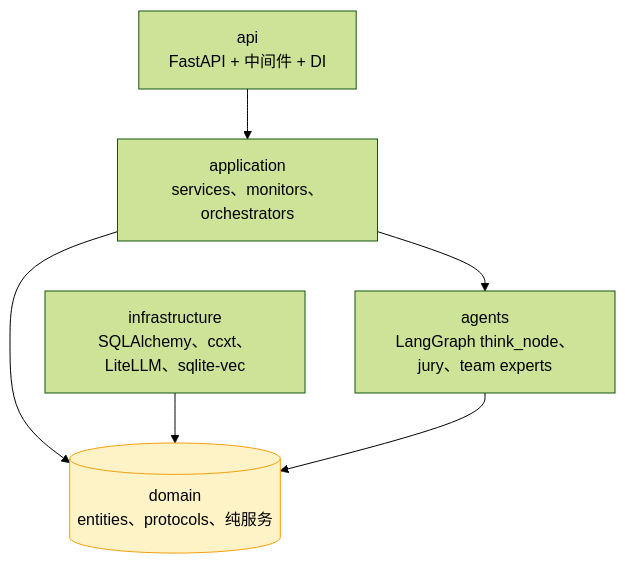
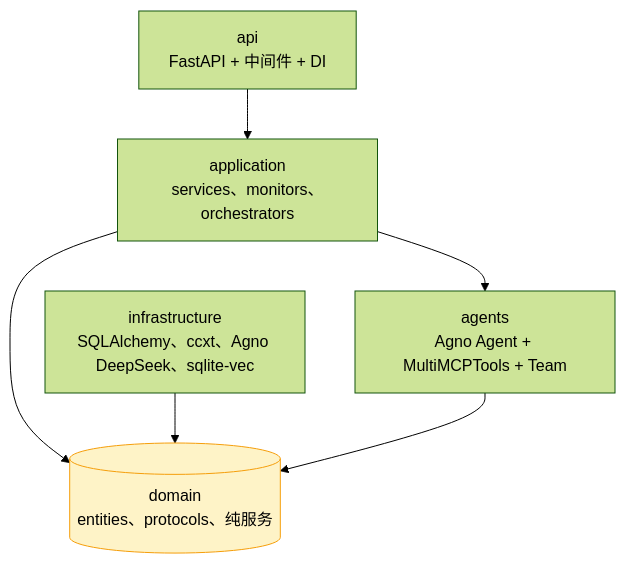
The first of 2 diagrams in README_ZH.md (gong1414/omnitrade), drawn with Mermaid (forest theme) before and after one commit. The commit also changed other lines of this file and 13 other files, not shown here.

````diff
--- a/README_ZH.md
+++ b/README_ZH.md
@@ -229,17 +229,17 @@
 ```mermaid
 flowchart TD
     api[api<br/>FastAPI + 中间件 + DI]
     app[application<br/>services、monitors、orchestrators]
     dom[(domain<br/>entities、protocols、纯服务)]
-    infra[infrastructure<br/>SQLAlchemy、ccxt、LiteLLM、sqlite-vec]
-    agents[agents<br/>LangGraph think_node、jury、team experts]
+    infra[infrastructure<br/>SQLAlchemy、ccxt、Agno DeepSeek、sqlite-vec]
+    agents[agents<br/>Agno Agent + MultiMCPTools + Team]
 
     api --> app
     app --> dom
     app --> agents
     infra --> dom
     agents --> dom
 
     classDef dom fill:#fef3c7,stroke:#f59e0b
     class dom dom
 ```
````
